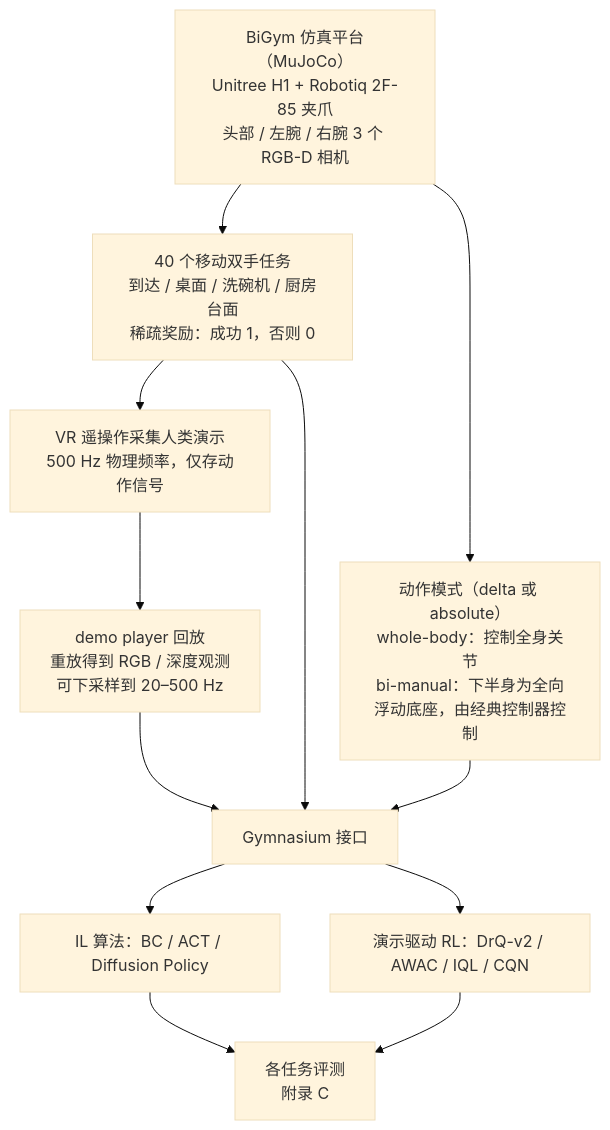
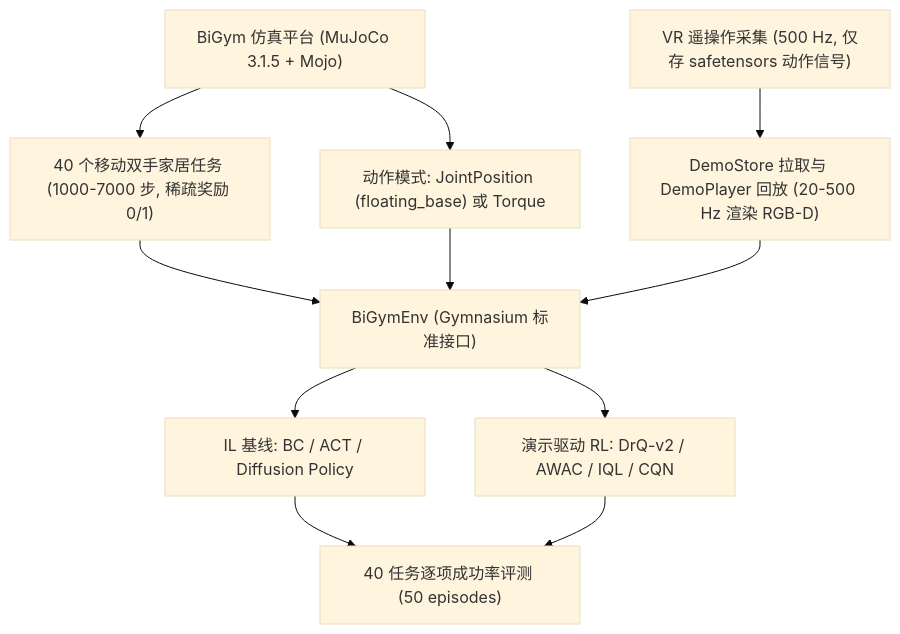
The first of 2 diagrams in wiki/entities/paper-notebook-bigym-a-demo-driven-mobile-bi-manual-manipulatio.md (ImChong/Robotics_Notebooks), drawn with Mermaid (base theme) before and after one commit. The commit also changed other lines of this file and 151 other files, not shown here.

````diff
--- a/wiki/entities/paper-notebook-bigym-a-demo-driven-mobile-bi-manual-manipulatio.md
+++ b/wiki/entities/paper-notebook-bigym-a-demo-driven-mobile-bi-manual-manipulatio.md
@@ -68,14 +70,13 @@
 ```mermaid
 flowchart TD
-  A["BiGym 仿真平台（MuJoCo）<br/>Unitree H1 + Robotiq 2F-85 夹爪<br/>头部 / 左腕 / 右腕 3 个 RGB-D 相机"] --> B["40 个移动双手任务<br/>到达 / 桌面 / 洗碗机 / 厨房台面<br/>稀疏奖励：成功 1，否则 0"]
-  B --> C["VR 遥操作采集人类演示<br/>500 Hz 物理频率，仅存动作信号"]
-  C --> D["demo player 回放<br/>重放得到 RGB / 深度观测<br/>可下采样到 20–500 Hz"]
-  A --> E["动作模式（delta 或 absolute）<br/>whole-body：控制全身关节<br/>bi-manual：下半身为全向浮动底座，由经典控制器控制"]
-  D --> F["Gymnasium 接口"]
-  E --> F
-  B --> F
-  F --> G["IL 算法：BC / ACT / Diffusion Policy"]
-  F --> H["演示驱动 RL：DrQ-v2 / AWAC / IQL / CQN"]
-  G --> I["各任务评测<br/>附录 C"]
-  H --> I
+  ENV["BiGym 仿真平台 (MuJoCo 3.1.5 + Mojo)"] --> TASKS["40 个移动双手家居任务 (1000-7000 步, 稀疏奖励 0/1)"]
+  VR["VR 遥操作采集 (500 Hz, 仅存 safetensors 动作信号)"] --> STORE["DemoStore 拉取与 DemoPlayer 回放 (20-500 Hz 渲染 RGB-D)"]
+  ENV --> ACTM["动作模式: JointPosition (floating_base) 或 Torque"]
+  TASKS --> GYM["BiGymEnv (Gymnasium 标准接口)"]
+  STORE --> GYM
+  ACTM --> GYM
+  GYM --> IL["IL 基线: BC / ACT / Diffusion Policy"]
+  GYM --> RL["演示驱动 RL: DrQ-v2 / AWAC / IQL / CQN"]
+  IL --> EVAL["40 任务逐项成功率评测 (50 episodes)"]
+  RL --> EVAL
 ```
````
